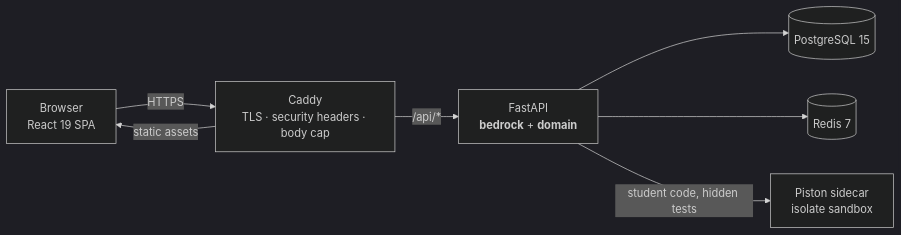
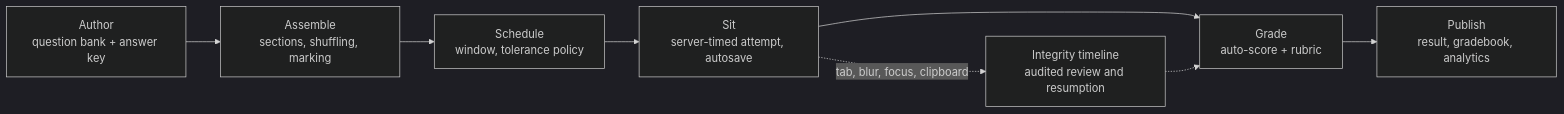
Before and after one commit to SumanthMamidi-MNS/CampusFlow: the second of 2 diagrams in README.md, drawn with Mermaid (dark theme). The commit also changed other lines of this file and 15 other files, not shown here.

````diff
--- a/README.md
+++ b/README.md
@@ -192,16 +108,13 @@
 ```mermaid
 flowchart LR
-  B["Browser<br/>React 19 SPA"]
-  C["Caddy<br/>TLS · security headers · body cap"]
-  A["FastAPI<br/><b>bedrock</b> + <b>domain</b>"]
-  P[("PostgreSQL 15")]
-  R[("Redis 7")]
-  S["Piston sidecar<br/>isolate sandbox"]
+  A["Author<br/>question bank + answer key"]
+  B["Assemble<br/>sections, shuffling, marking"]
+  C["Schedule<br/>window, tolerance policy"]
+  D["Sit<br/>server-timed attempt, autosave"]
+  E["Grade<br/>auto-score + rubric"]
+  F["Publish<br/>result, gradebook, analytics"]
 
-  B -->|HTTPS| C
-  C -->|"/api/*"| A
-  C -->|"static assets"| B
-  A --> P
-  A --> R
-  A -->|"student code, hidden tests"| S
+  A --> B --> C --> D --> E --> F
+  D -.->|"tab, blur, focus, clipboard"| G["Integrity timeline<br/>audited review and resumption"]
+  G -.-> E
 ```
````
